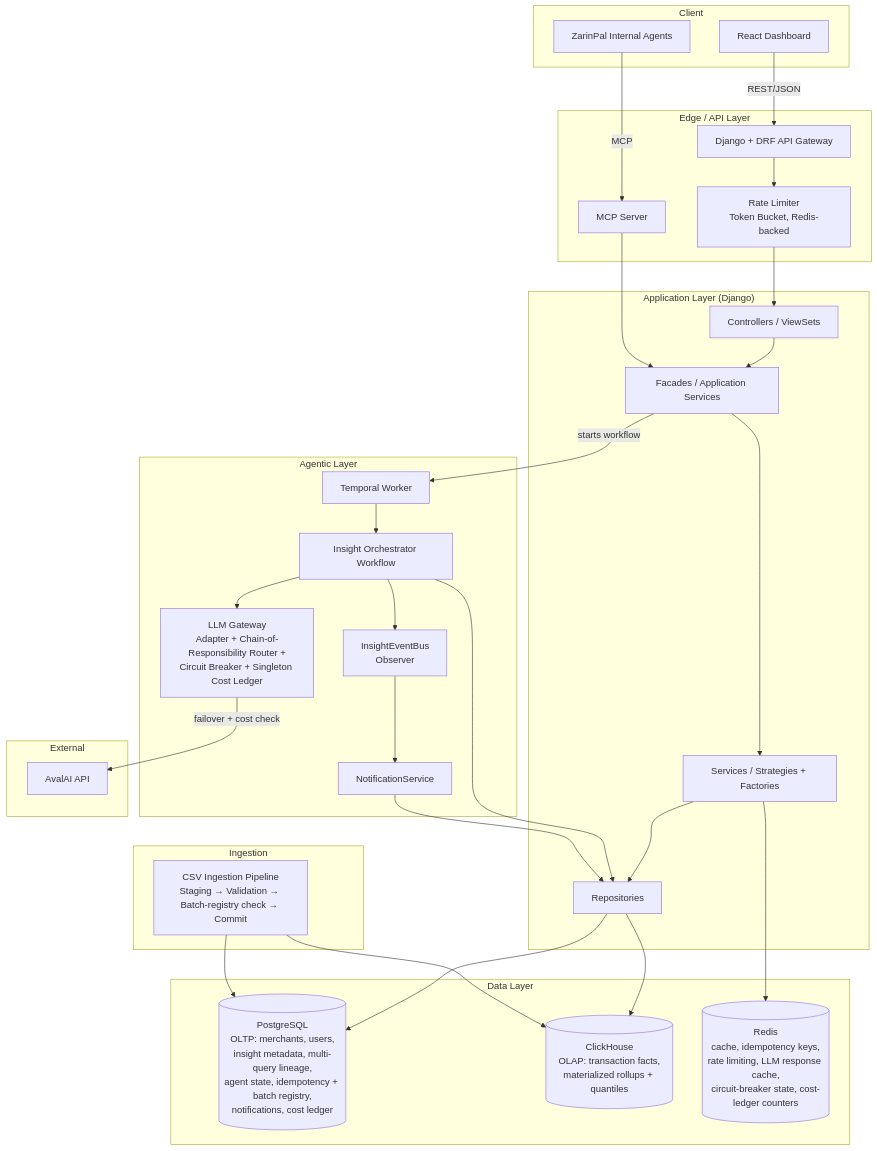
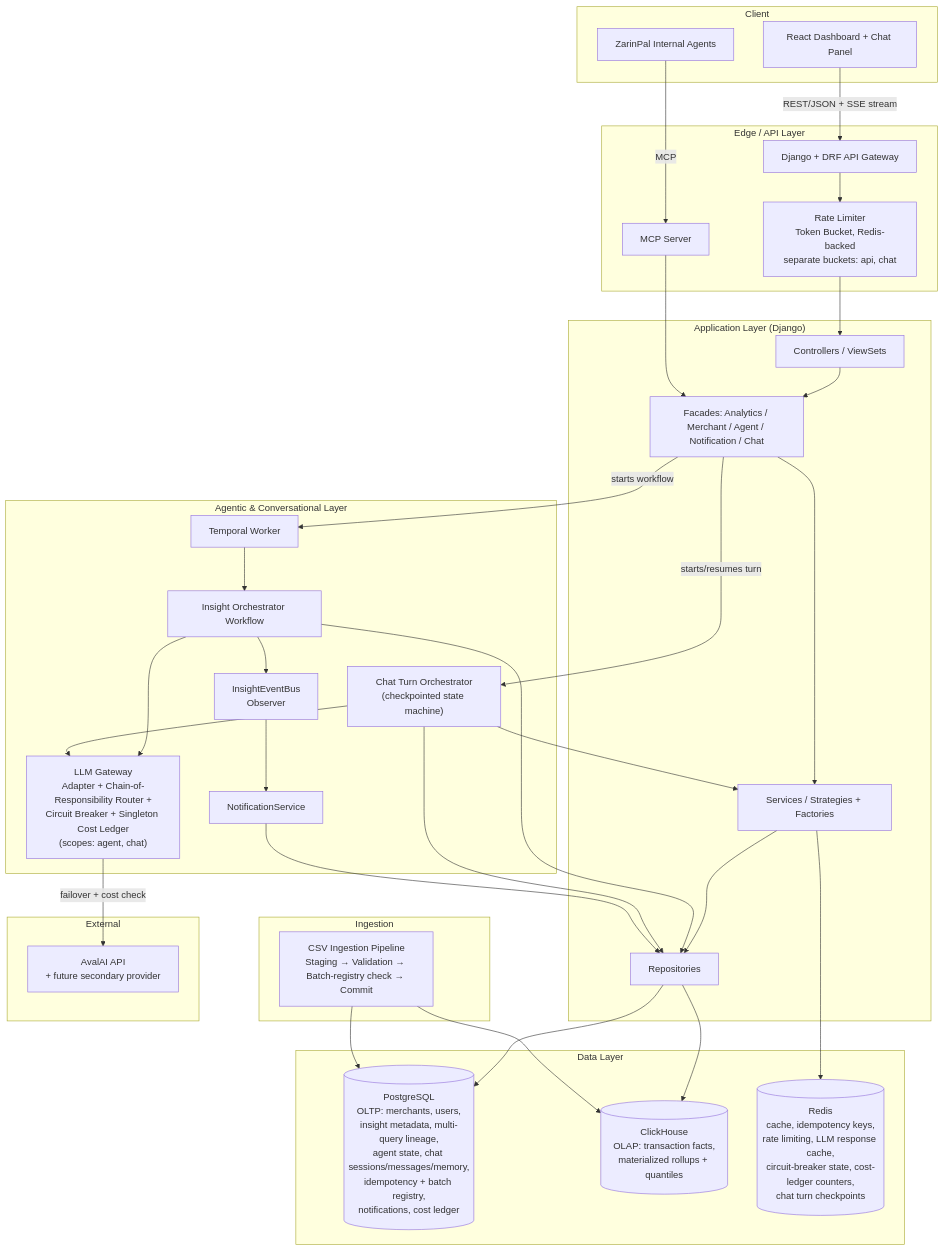
The first of 7 diagrams in spec.md (MostafaMashhadi/ZarinPalMerchantDashboard), drawn with Mermaid before and after one commit. The commit also changed other lines of this file, not shown here.

Commit message:
spec.md updated(ChatBot Included)

````diff
--- a/spec.md
+++ b/spec.md
@@ -130,64 +164,69 @@
 ```mermaid
 flowchart TB
     subgraph Client
-        UI[React Dashboard]
+        UI[React Dashboard + Chat Panel]
         InternalAgents[ZarinPal Internal Agents]
     end
 
     subgraph EdgeLayer["Edge / API Layer"]
         GW[Django + DRF API Gateway]
         MCP[MCP Server]
-        RL[Rate Limiter<br/>Token Bucket, Redis-backed]
+        RL[Rate Limiter<br/>Token Bucket, Redis-backed<br/>separate buckets: api, chat]
     end
 
     subgraph AppLayer["Application Layer (Django)"]
         CTRL[Controllers / ViewSets]
-        FACADE[Facades / Application Services]
+        FACADE[Facades: Analytics / Merchant / Agent / Notification / Chat]
         SVC[Services / Strategies + Factories]
         REPO[Repositories]
     end
 
-    subgraph AgentLayer["Agentic Layer"]
+    subgraph AgentLayer["Agentic & Conversational Layer"]
         TW[Temporal Worker]
         ORCH[Insight Orchestrator Workflow]
-        LLMGW["LLM Gateway<br/>Adapter + Chain-of-Responsibility Router +<br/>Circuit Breaker + Singleton Cost Ledger"]
+        CHATORCH["Chat Turn Orchestrator<br/>(checkpointed state machine)"]
+        LLMGW["LLM Gateway<br/>Adapter + Chain-of-Responsibility Router +<br/>Circuit Breaker + Singleton Cost Ledger<br/>(scopes: agent, chat)"]
         BUS[InsightEventBus<br/>Observer]
         NOTIF[NotificationService]
     end
 
     subgraph DataLayer["Data Layer"]
-        PG[(PostgreSQL<br/>OLTP: merchants, users,<br/>insight metadata, multi-query lineage,<br/>agent state, idempotency + batch registry,<br/>notifications, cost ledger)]
+        PG[(PostgreSQL<br/>OLTP: merchants, users,<br/>insight metadata, multi-query lineage,<br/>agent state, chat sessions/messages/memory,<br/>idempotency + batch registry,<br/>notifications, cost ledger)]
         CH[(ClickHouse<br/>OLAP: transaction facts,<br/>materialized rollups + quantiles)]
-        REDIS[(Redis<br/>cache, idempotency keys,<br/>rate limiting, LLM response cache,<br/>circuit-breaker state, cost-ledger counters)]
+        REDIS[(Redis<br/>cache, idempotency keys,<br/>rate limiting, LLM response cache,<br/>circuit-breaker state, cost-ledger counters,<br/>chat turn checkpoints)]
     end
 
     subgraph Ingestion
         ETL[CSV Ingestion Pipeline<br/>Staging → Validation → Batch-registry check → Commit]
     end
 
     subgraph External
-        AVAL[AvalAI API]
+        AVAL[AvalAI API<br/>+ future secondary provider]
     end
 
-    UI -->|REST/JSON| GW
+    UI -->|REST/JSON + SSE stream| GW
     InternalAgents -->|MCP| MCP
     GW --> RL
     RL --> CTRL
     CTRL --> FACADE
     MCP --> FACADE
     FACADE --> SVC
     SVC --> REPO
     REPO --> PG
     REPO --> CH
     SVC --> REDIS
     FACADE -->|starts workflow| TW
+    FACADE -->|starts/resumes turn| CHATORCH
     TW --> ORCH
     ORCH --> LLMGW
     ORCH --> REPO
     ORCH --> BUS
+    CHATORCH --> LLMGW
+    CHATORCH --> REPO
+    CHATORCH --> SVC
     BUS --> NOTIF
     NOTIF --> REPO
     LLMGW -->|failover + cost check| AVAL
     ETL --> CH
     ETL --> PG
 ```
````
